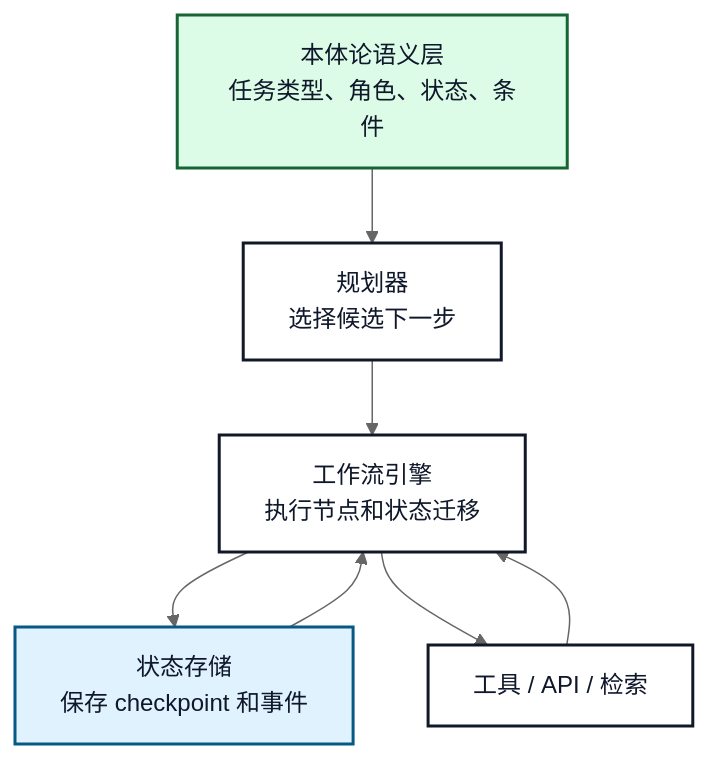
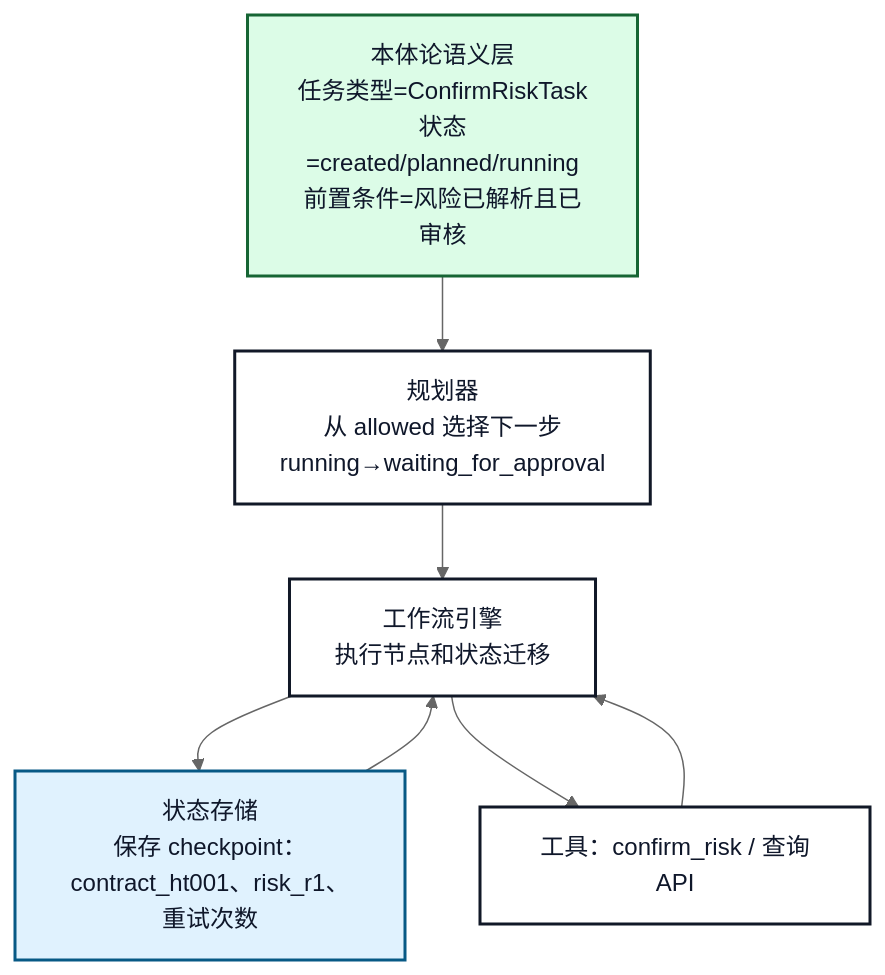
Before and after one commit to sealzrt/2026-08--agent: the second of 4 diagrams in 本体论-agent/05-Agent集成/15.本体论与工作流.md, drawn with Mermaid (neutral theme). The commit also changed other lines of this file and 62 other files, not shown here.

````diff
--- a/本体论-agent/05-Agent集成/15.本体论与工作流.md
+++ b/本体论-agent/05-Agent集成/15.本体论与工作流.md
@@ -11,20 +51,20 @@
 ```mermaid
 flowchart TB
-    ON[本体论语义层<br/>任务类型、角色、状态、条件]
-    PL[规划器<br/>选择候选下一步]
+    ON[本体论语义层<br/>任务类型=ConfirmRiskTask<br/>状态=created/planned/running<br/>前置条件=风险已解析且已审核]
+    PL[规划器<br/>从 allowed 选择下一步<br/>running→waiting_for_approval]
     WF[工作流引擎<br/>执行节点和状态迁移]
-    ST[状态存储<br/>保存 checkpoint 和事件]
+    ST[状态存储<br/>保存 checkpoint：contract_ht001、risk_r1、重试次数]
     ON --> PL
     PL --> WF
     WF --> ST
     ST --> WF
-    WF --> TOOL[工具 / API / 检索]
+    WF --> TOOL[工具：confirm_risk / 查询API]
     TOOL --> WF
 
     classDef semantic fill:#DCFCE7,stroke:#166534,color:#0F172A,stroke-width:2px;
     classDef runtime fill:#FFFFFF,stroke:#111827,color:#0F172A,stroke-width:2px;
     classDef storage fill:#E0F2FE,stroke:#075985,color:#0F172A,stroke-width:2px;
     class ON semantic;
     class PL,WF,TOOL runtime;
     class ST storage;
 ```
````
